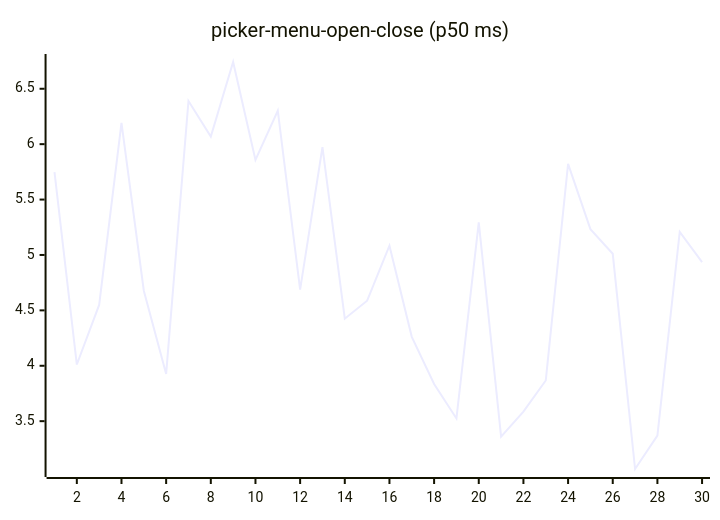
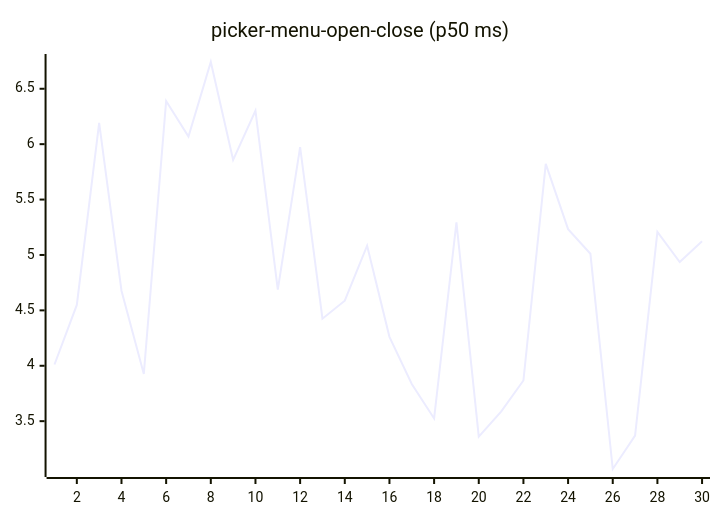
Diagram 16 of 27 in README.md (josha/Facet), drawn with Mermaid before and after one commit. The commit also changed other lines of this file and 2 other files, not shown here.

````diff
--- a/README.md
+++ b/README.md
@@ -168,6 +168,6 @@
 ```mermaid
 xychart-beta
     title "picker-menu-open-close (p50 ms)"
     x-axis 1 --> 30
-    line [5.7473, 4.0112, 4.5489, 6.1919, 4.6774, 3.9267, 6.3897, 6.0683, 6.7415, 5.8582, 6.3016, 4.6878, 5.9725, 4.4246, 4.5868, 5.0832, 4.2609, 3.8354, 3.5244, 5.2942, 3.3612, 3.5857, 3.8672, 5.8216, 5.2328, 5.0107, 3.0683, 3.3695, 5.2090, 4.9360]
+    line [4.0112, 4.5489, 6.1919, 4.6774, 3.9267, 6.3897, 6.0683, 6.7415, 5.8582, 6.3016, 4.6878, 5.9725, 4.4246, 4.5868, 5.0832, 4.2609, 3.8354, 3.5244, 5.2942, 3.3612, 3.5857, 3.8672, 5.8216, 5.2328, 5.0107, 3.0683, 3.3695, 5.2090, 4.9360, 5.1232]
 ```
````
